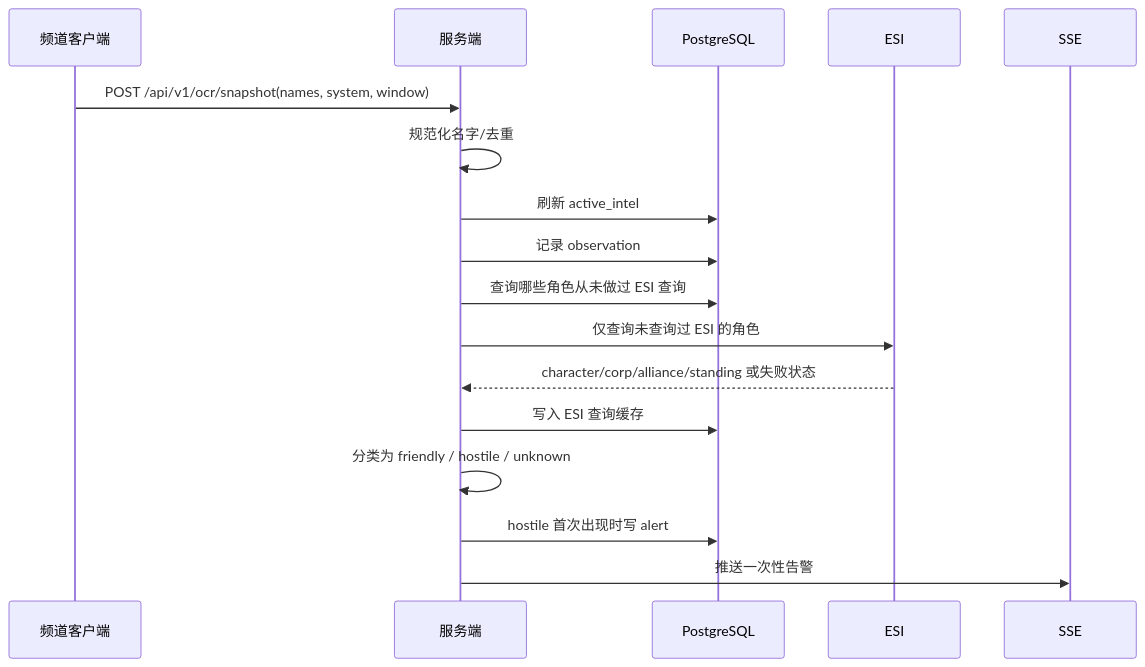
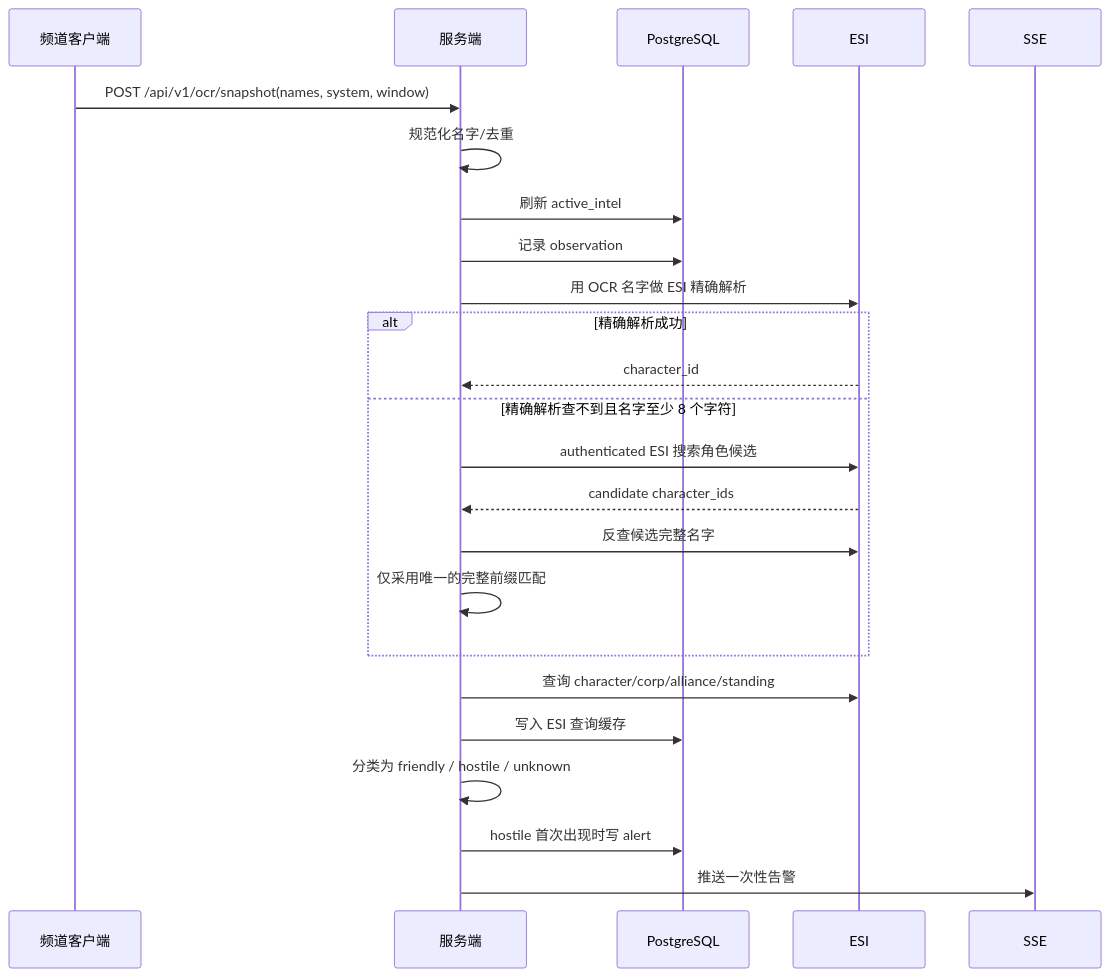
Before and after one commit to xiaqijun/eve-sentry: the second of 7 diagrams in docs/intel-workflows.md, drawn with Mermaid. The commit also changed other lines of this file and 2 other files, not shown here.

Commit message:
docs: document ESI name completion

````diff
--- a/docs/intel-workflows.md
+++ b/docs/intel-workflows.md
@@ -59,20 +59,27 @@
 ```mermaid
 sequenceDiagram
   participant C as 频道客户端
   participant S as 服务端
   participant DB as PostgreSQL
   participant E as ESI
   participant P as SSE
 
   C->>S: POST /api/v1/ocr/snapshot(names, system, window)
   S->>S: 规范化名字/去重
   S->>DB: 刷新 active_intel
   S->>DB: 记录 observation
-  S->>DB: 查询哪些角色从未做过 ESI 查询
-  S->>E: 仅查询未查询过 ESI 的角色
-  E-->>S: character/corp/alliance/standing 或失败状态
+  S->>E: 用 OCR 名字做 ESI 精确解析
+  alt 精确解析成功
+    E-->>S: character_id
+  else 精确解析查不到且名字至少 8 个字符
+    S->>E: authenticated ESI 搜索角色候选
+    E-->>S: candidate character_ids
+    S->>E: 反查候选完整名字
+    S->>S: 仅采用唯一的完整前缀匹配
+  end
+  S->>E: 查询 character/corp/alliance/standing
   S->>DB: 写入 ESI 查询缓存
   S->>S: 分类为 friendly / hostile / unknown
   S->>DB: hostile 首次出现时写 alert
   S->>P: 推送一次性告警
 ```
````
